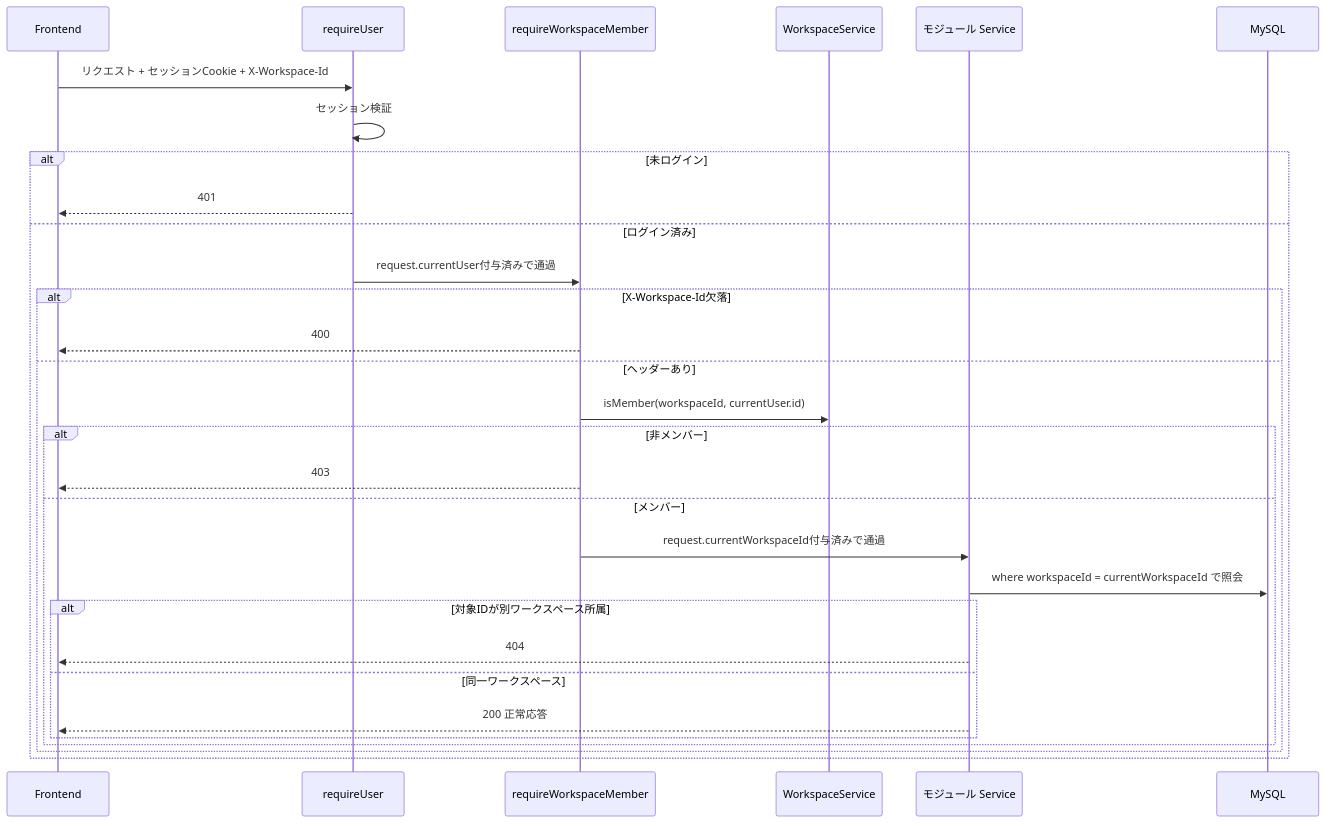
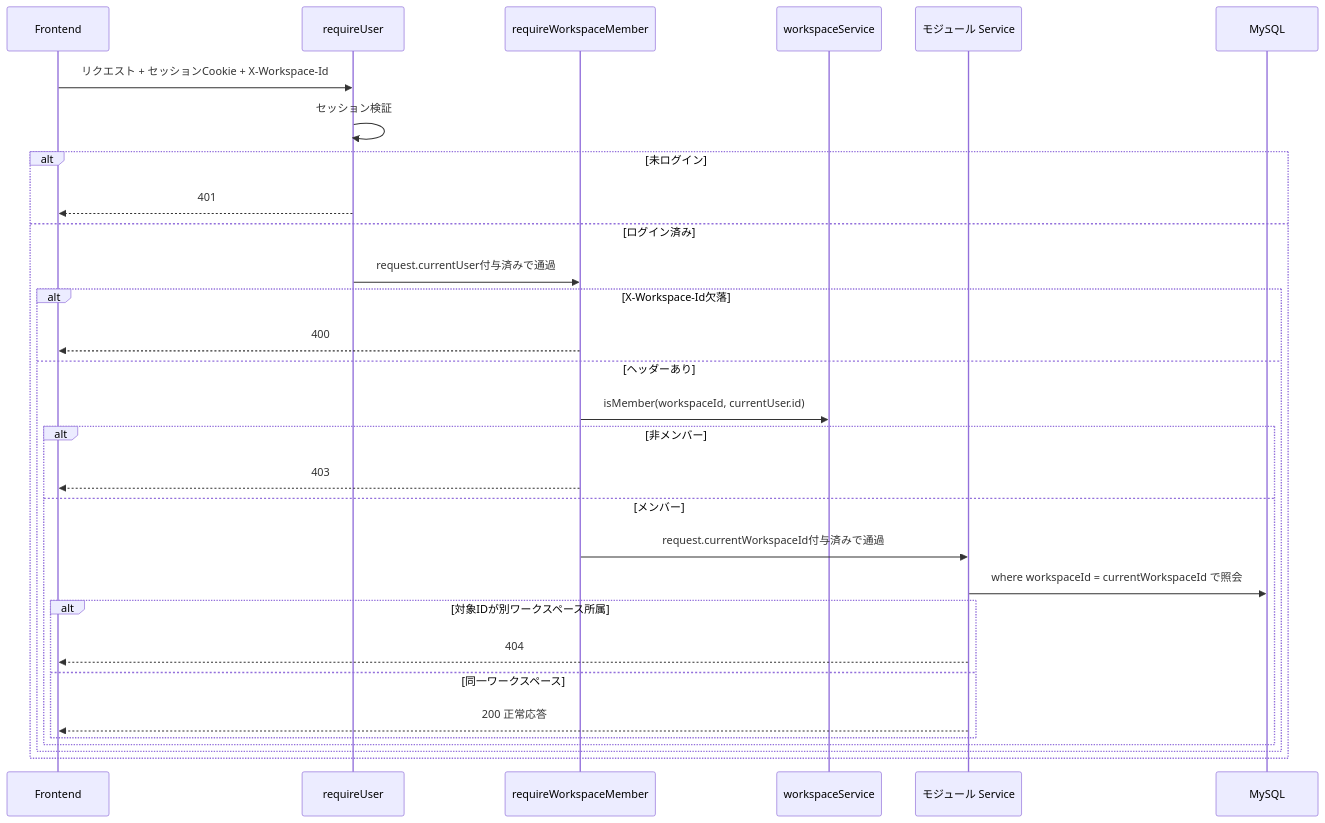
Before and after one commit to karasaki-wasabi/project-task-management: the second of 3 diagrams in .kiro/specs/workspace-resource-scope/design.md, drawn with Mermaid. The commit also changed other lines of this file and 6 other files, not shown here.

````diff
--- a/.kiro/specs/workspace-resource-scope/design.md
+++ b/.kiro/specs/workspace-resource-scope/design.md
@@ -168,32 +178,32 @@
 ```mermaid
 sequenceDiagram
   participant U as Frontend
   participant Guard1 as requireUser
   participant Guard2 as requireWorkspaceMember
-  participant WS as WorkspaceService
+  participant WS as workspaceService
   participant M as モジュール Service
   participant DB as MySQL
   U->>Guard1: リクエスト + セッションCookie + X-Workspace-Id
   Guard1->>Guard1: セッション検証
   alt 未ログイン
     Guard1-->>U: 401
   else ログイン済み
     Guard1->>Guard2: request.currentUser付与済みで通過
     alt X-Workspace-Id欠落
       Guard2-->>U: 400
     else ヘッダーあり
       Guard2->>WS: isMember(workspaceId, currentUser.id)
       alt 非メンバー
         Guard2-->>U: 403
       else メンバー
         Guard2->>M: request.currentWorkspaceId付与済みで通過
         M->>DB: where workspaceId = currentWorkspaceId で照会
         alt 対象IDが別ワークスペース所属
           M-->>U: 404
         else 同一ワークスペース
           M-->>U: 200 正常応答
         end
       end
     end
   end
 ```
````
